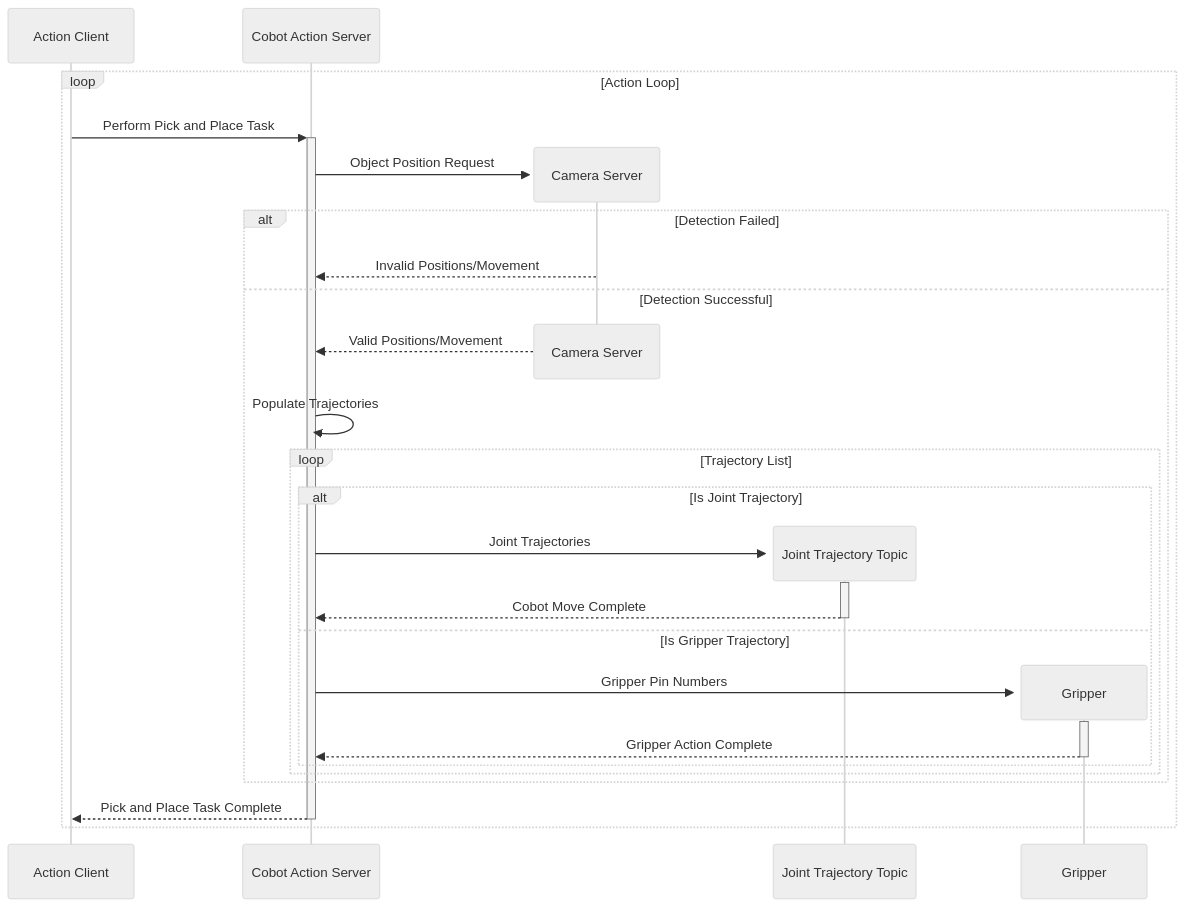
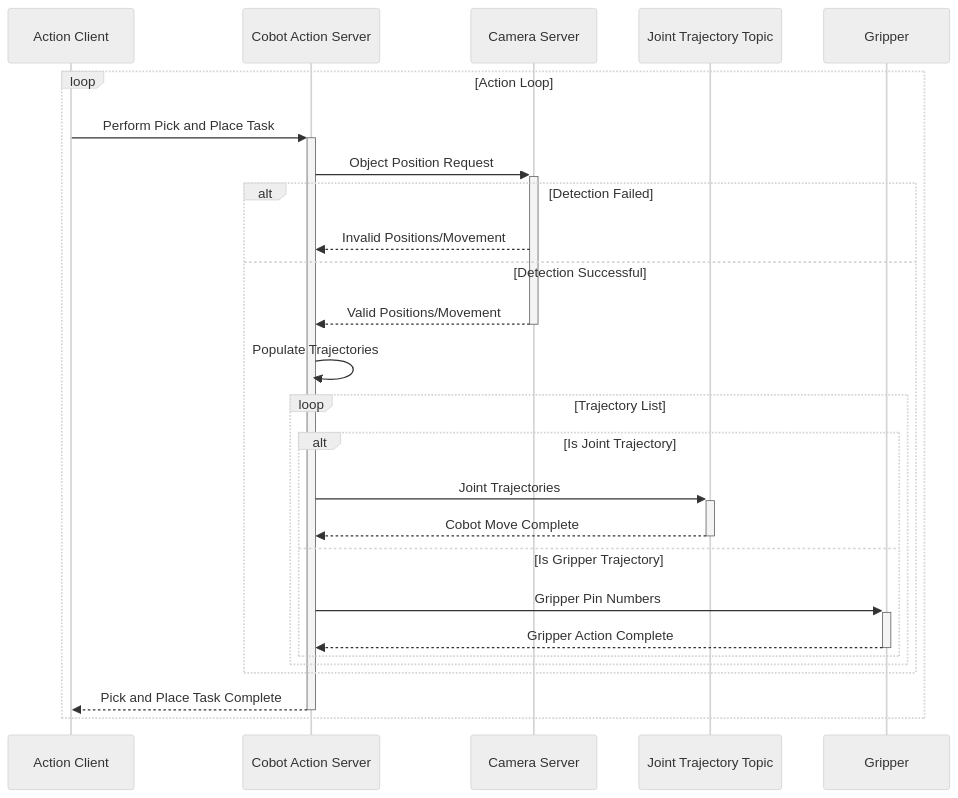
The fourth of 4 diagrams in assessments/sepa/design.md (kanbanyte/sepb), drawn with Mermaid (neutral theme) before and after one commit.

Commit message:
Update sepa/design.md
Fix mermaid syntax due to GitHub not supporting the latest features.

````diff
--- a/assessments/sepa/design.md
+++ b/assessments/sepa/design.md
@@ -252,30 +252,29 @@
 ```mermaid
 sequenceDiagram
 	participant Client as Action Client
 	participant Action as Cobot Action Server
+	participant Camera as Camera Server
+	participant Cobot as Joint Trajectory Topic
+	participant Gripper as Gripper
 
 	loop Action Loop
 		Client ->>+ Action : Perform Pick and Place Task
-		create participant Camera as Camera Server
-		Action ->> Camera : Object Position Request
+		Action ->>+ Camera : Object Position Request
 		alt Detection Failed
 			Camera -->> Action : Invalid Positions/Movement
 		else Detection Successful
-			destroy Camera
-			Camera -->> Action : Valid Positions/Movement
+			Camera -->>- Action : Valid Positions/Movement
 			Action ->> Action : Populate Trajectories
 			loop Trajectory List
 				alt Is Joint Trajectory
-					create participant Cobot as Joint Trajectory Topic
 					Action ->>+ Cobot : Joint Trajectories
 					Cobot -->>- Action : Cobot Move Complete
 				else Is Gripper Trajectory
-					create participant Gripper as Gripper
 					Action ->>+ Gripper : Gripper Pin Numbers
 					Gripper -->>- Action : Gripper Action Complete
 				end
 			end
 		end
 		Action -->>- Client : Pick and Place Task Complete
 	end
 ```
````
